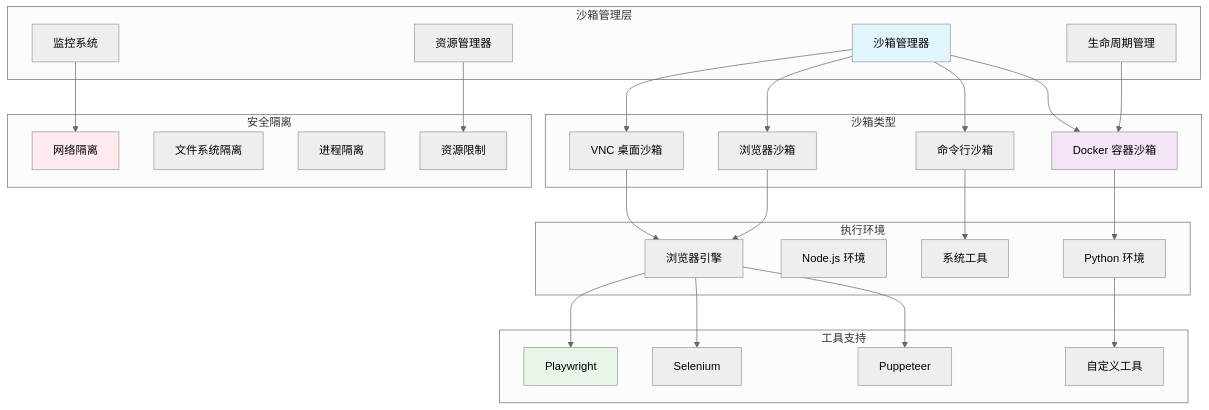
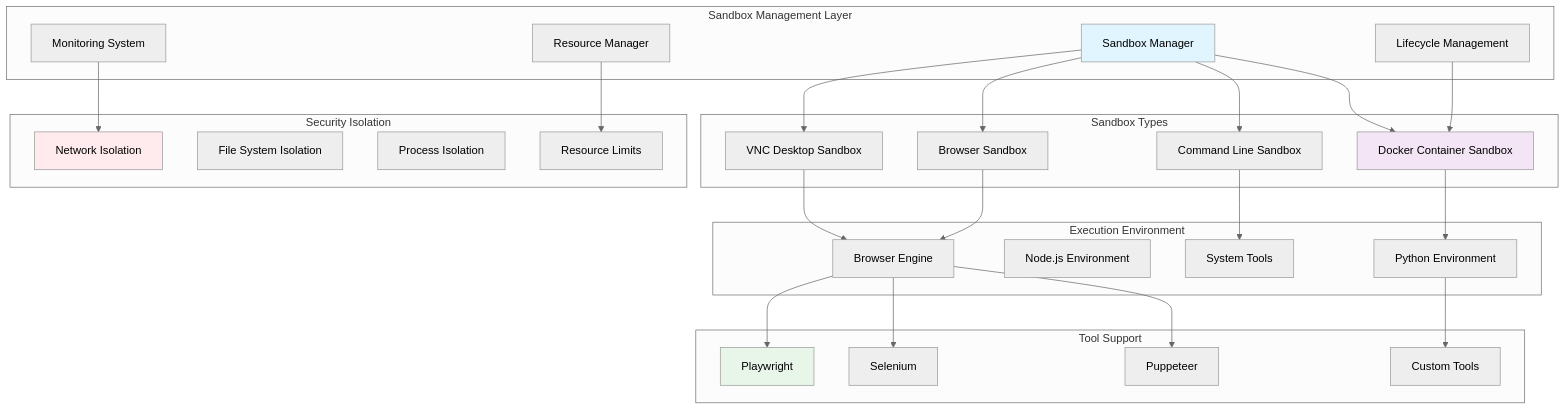
Before and after one commit to zcxGGmu/Astraeus: the fifth of 11 diagrams in README.md, drawn with Mermaid (neutral theme). The commit also changed other lines of this file, not shown here.

First line of the commit message:
docs: convert README architecture descriptions from Chinese to English

````diff
--- a/README.md
+++ b/README.md
@@ -462,61 +462,61 @@
 ```mermaid
 graph TB
-    subgraph "沙箱管理层"
-        SANDBOX_MGR[沙箱管理器]
-        RESOURCE_MGR[资源管理器]
-        LIFECYCLE[生命周期管理]
-        MONITOR[监控系统]
+    subgraph "Sandbox Management Layer"
+        SANDBOX_MGR[Sandbox Manager]
+        RESOURCE_MGR[Resource Manager]
+        LIFECYCLE[Lifecycle Management]
+        MONITOR[Monitoring System]
     end
 
-    subgraph "沙箱类型"
-        DOCKER_SANDBOX[Docker 容器沙箱]
-        VNC_SANDBOX[VNC 桌面沙箱]
-        BROWSER_SANDBOX[浏览器沙箱]
-        CLI_SANDBOX[命令行沙箱]
+    subgraph "Sandbox Types"
+        DOCKER_SANDBOX[Docker Container Sandbox]
+        VNC_SANDBOX[VNC Desktop Sandbox]
+        BROWSER_SANDBOX[Browser Sandbox]
+        CLI_SANDBOX[Command Line Sandbox]
     end
 
-    subgraph "执行环境"
-        PYTHON_ENV[Python 环境]
-        NODE_ENV[Node.js 环境]
-        SYSTEM_TOOLS[系统工具]
-        BROWSER_ENG[浏览器引擎]
+    subgraph "Execution Environment"
+        PYTHON_ENV[Python Environment]
+        NODE_ENV[Node.js Environment]
+        SYSTEM_TOOLS[System Tools]
+        BROWSER_ENG[Browser Engine]
     end
 
-    subgraph "安全隔离"
-        NETWORK_ISOLATION[网络隔离]
-        FILE_SYSTEM_ISOLATION[文件系统隔离]
-        PROCESS_ISOLATION[进程隔离]
-        RESOURCE_LIMITS[资源限制]
+    subgraph "Security Isolation"
+        NETWORK_ISOLATION[Network Isolation]
+        FILE_SYSTEM_ISOLATION[File System Isolation]
+        PROCESS_ISOLATION[Process Isolation]
+        RESOURCE_LIMITS[Resource Limits]
     end
 
-    subgraph "工具支持"
+    subgraph "Tool Support"
         PLAYWRIGHT[Playwright]
         SELENIUM[Selenium]
         PUPPETEER[Puppeteer]
-        CUSTOM_TOOLS[自定义工具]
+        CUSTOM_TOOLS[Custom Tools]
     end
 
     SANDBOX_MGR --> DOCKER_SANDBOX
     SANDBOX_MGR --> VNC_SANDBOX
     SANDBOX_MGR --> BROWSER_SANDBOX
     SANDBOX_MGR --> CLI_SANDBOX
 
     RESOURCE_MGR --> RESOURCE_LIMITS
     LIFECYCLE --> DOCKER_SANDBOX
     MONITOR --> NETWORK_ISOLATION
 
     DOCKER_SANDBOX --> PYTHON_ENV
     VNC_SANDBOX --> BROWSER_ENG
     BROWSER_SANDBOX --> BROWSER_ENG
     CLI_SANDBOX --> SYSTEM_TOOLS
 
     PYTHON_ENV --> CUSTOM_TOOLS
     BROWSER_ENG --> PLAYWRIGHT
     BROWSER_ENG --> SELENIUM
     BROWSER_ENG --> PUPPETEER
 
     style SANDBOX_MGR fill:#e1f5fe
     style DOCKER_SANDBOX fill:#f3e5f5
     style NETWORK_ISOLATION fill:#ffebee
     style PLAYWRIGHT fill:#e8f5e9
 ```
````
